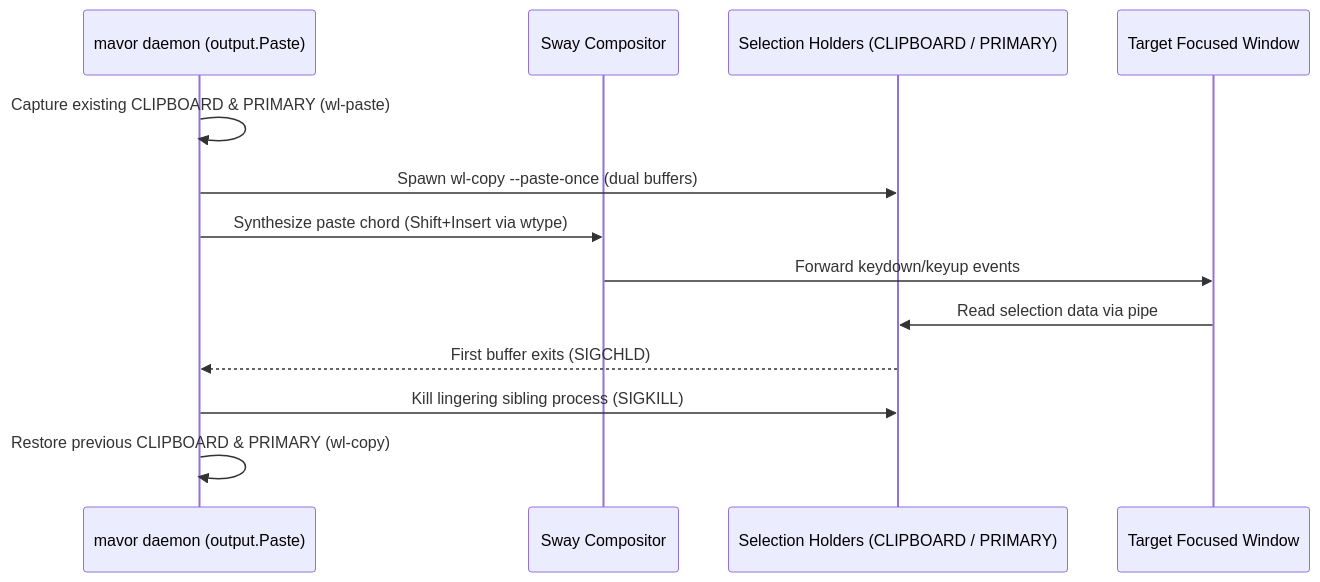
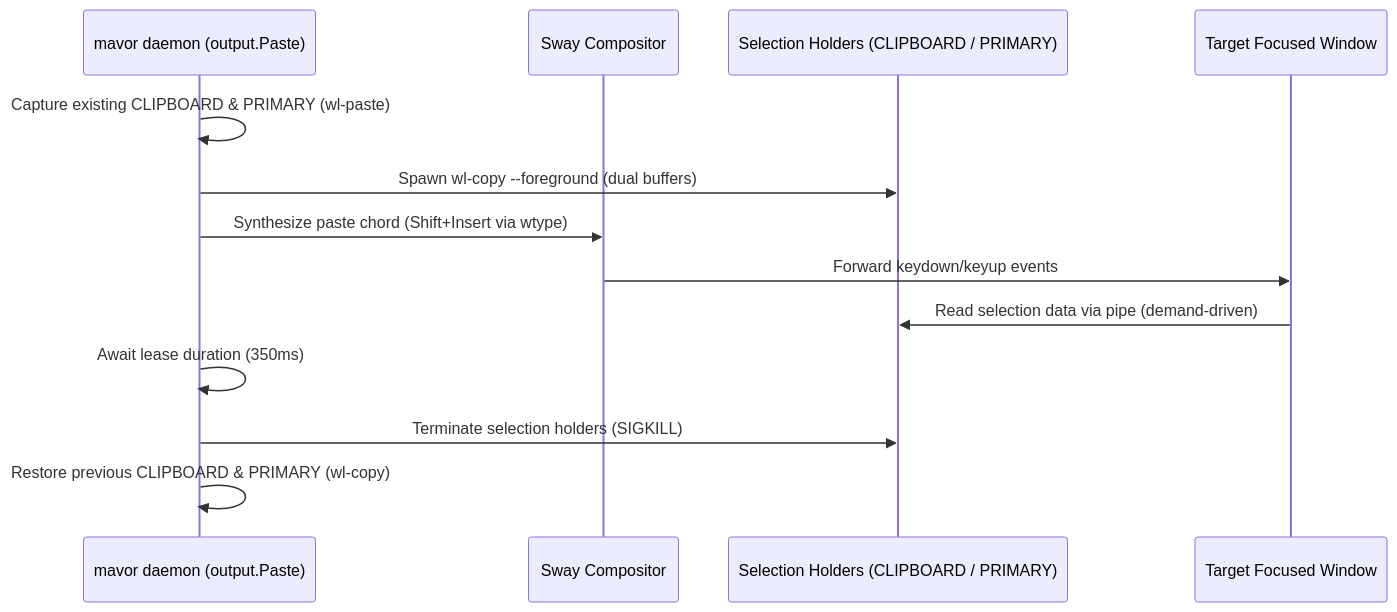
One commit to mschulkind-oss/mavor changed the diagram in docs/reference/paste-based-output-dispatch.md. Above: the diagram before and after it, drawn with Mermaid. The commit also changed other lines of this file and 2 other files, not shown here.

First line of the commit message:
fix(output): replace --paste-once with timed lease paste supervisor

````diff
--- a/docs/reference/paste-based-output-dispatch.md
+++ b/docs/reference/paste-based-output-dispatch.md
@@ -72,16 +67,16 @@
 ```mermaid
 sequenceDiagram
     participant M as mavor daemon (output.Paste)
     participant C as Sway Compositor
     participant S as Selection Holders (CLIPBOARD / PRIMARY)
     participant W as Target Focused Window
 
     M->>M: Capture existing CLIPBOARD & PRIMARY (wl-paste)
-    M->>S: Spawn wl-copy --paste-once (dual buffers)
+    M->>S: Spawn wl-copy --foreground (dual buffers)
     M->>C: Synthesize paste chord (Shift+Insert via wtype)
     C->>W: Forward keydown/keyup events
-    W->>S: Read selection data via pipe
-    S-->>M: First buffer exits (SIGCHLD)
-    M->>S: Kill lingering sibling process (SIGKILL)
+    W->>S: Read selection data via pipe (demand-driven)
+    M->>M: Await lease duration (350ms)
+    M->>S: Terminate selection holders (SIGKILL)
     M->>M: Restore previous CLIPBOARD & PRIMARY (wl-copy)
 ```
````
